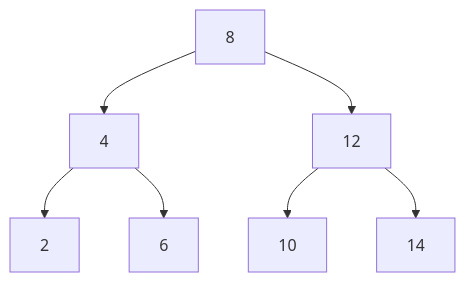
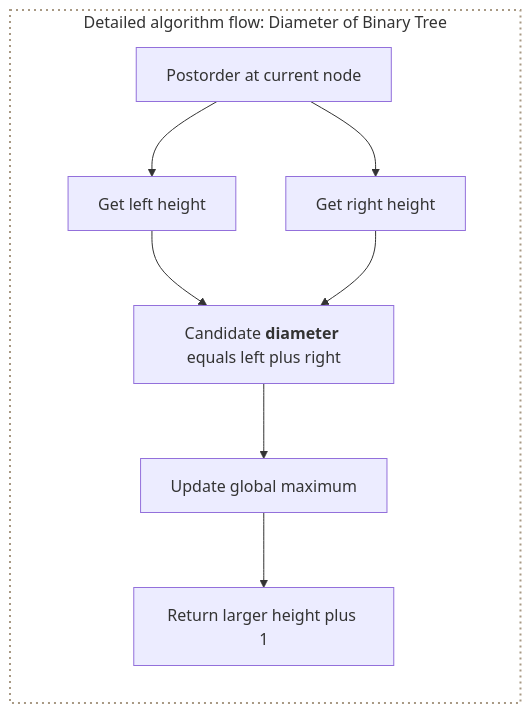
Before and after one commit to 9999dude/omega: diagram 15 of 19 in docs/datastructures/trees.md, drawn with Mermaid. The commit also changed other lines of this file and 58 other files, not shown here.

````diff
--- a/docs/datastructures/trees.md
+++ b/docs/datastructures/trees.md
@@ -596,9 +819,14 @@
 ```mermaid
-graph TD
-    A["8"] --> B["4"]
-    A --> C["12"]
-    B --> D["2"]
-    B --> E["6"]
-    C --> F["10"]
-    C --> G["14"]
+flowchart TD
+    subgraph PROCESS["Detailed algorithm flow: Diameter of Binary Tree"]
+        direction TD
+        A["Postorder at current node"] --> L["Get left height"]
+        A --> R["Get right height"]
+        L --> D["Candidate <strong>diameter</strong> equals left plus right"]
+        R --> D
+        D --> U["Update global maximum"]
+        U --> H["Return larger height plus 1"]
+    end
+
+    style PROCESS fill:transparent,stroke:#a89984,stroke-width:2px,stroke-dasharray:2 4
 ```
````
